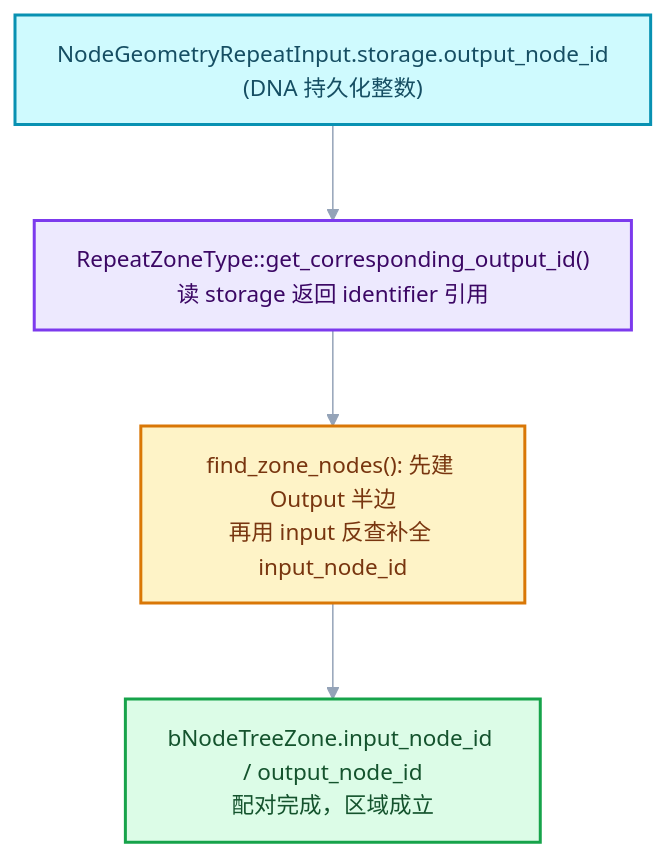
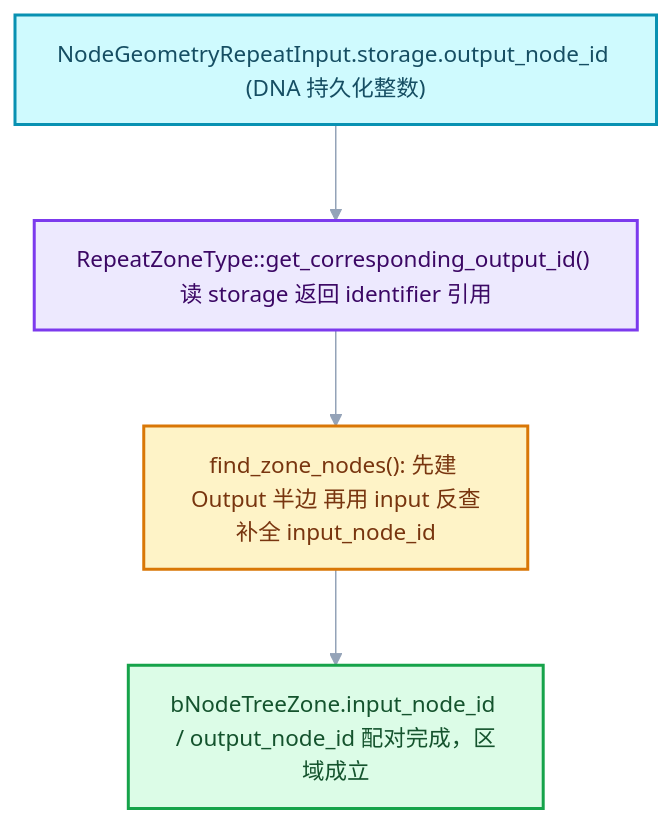
Before and after one commit to yunkezengren/blender-.vscode: the second of 8 diagrams in 杂/markdown/重复区域-dsh/01-Zone系统基础/01-NodeTreeZone区域表示与配对.md, drawn with Mermaid. The commit also changed other lines of this file and 27 other files, not shown here.

````diff
--- a/杂/markdown/重复区域-dsh/01-Zone系统基础/01-NodeTreeZone区域表示与配对.md
+++ b/杂/markdown/重复区域-dsh/01-Zone系统基础/01-NodeTreeZone区域表示与配对.md
@@ -127,15 +92,15 @@
 ```mermaid
 %%{init: {"theme":"base","themeVariables":{"fontFamily":"\"Segoe UI\",\"Microsoft YaHei\",sans-serif","fontSize":"15px","lineColor":"#94A3B8","edgeLabelBackground":"#FFFFFF","clusterBkg":"#F8FAFC","clusterBorder":"#CBD5E1"},"flowchart":{"htmlLabels":false,"curve":"basis","nodeSpacing":52,"rankSpacing":64,"padding":14,"diagramPadding":16,"useMaxWidth":true},"sequence":{"useMaxWidth":true,"wrap":true,"mirrorActors":false,"messageMargin":36}}}%%
 flowchart TB
-  S1["NodeGeometryRepeatInput.storage.output_node_id<br/>(DNA 持久化整数)"]:::data
-  S2["RepeatZoneType::get_corresponding_output_id()<br/>读 storage 返回 identifier 引用"]:::abstraction
-  S3["find_zone_nodes(): 先建 Output 半边<br/>再用 input 反查补全 input_node_id"]:::compute
-  S4["bNodeTreeZone.input_node_id / output_node_id<br/>配对完成，区域成立"]:::result
+  S1["NodeGeometryRepeatInput.storage.output_node_id (DNA 持久化整数)"]:::data
+  S2["RepeatZoneType::get_corresponding_output_id() 读 storage 返回 identifier 引用"]:::abstraction
+  S3["find_zone_nodes(): 先建 Output 半边 再用 input 反查补全 input_node_id"]:::compute
+  S4["bNodeTreeZone.input_node_id / output_node_id 配对完成，区域成立"]:::result
   S1 --> S2 --> S3 --> S4
   classDef input fill:#DBEAFE,stroke:#2563EB,color:#172554,stroke-width:2px;
   classDef data fill:#CFFAFE,stroke:#0891B2,color:#164E63,stroke-width:2px;
   classDef abstraction fill:#EDE9FE,stroke:#7C3AED,color:#3B0764,stroke-width:2px;
   classDef compute fill:#FEF3C7,stroke:#D97706,color:#78350F,stroke-width:2px;
   classDef result fill:#DCFCE7,stroke:#16A34A,color:#14532D,stroke-width:2px;
   classDef error fill:#FEE2E2,stroke:#DC2626,color:#7F1D1D,stroke-width:2px;
 ```
````
